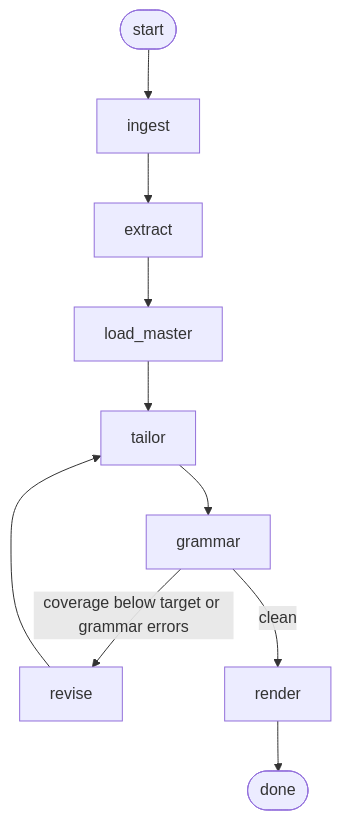
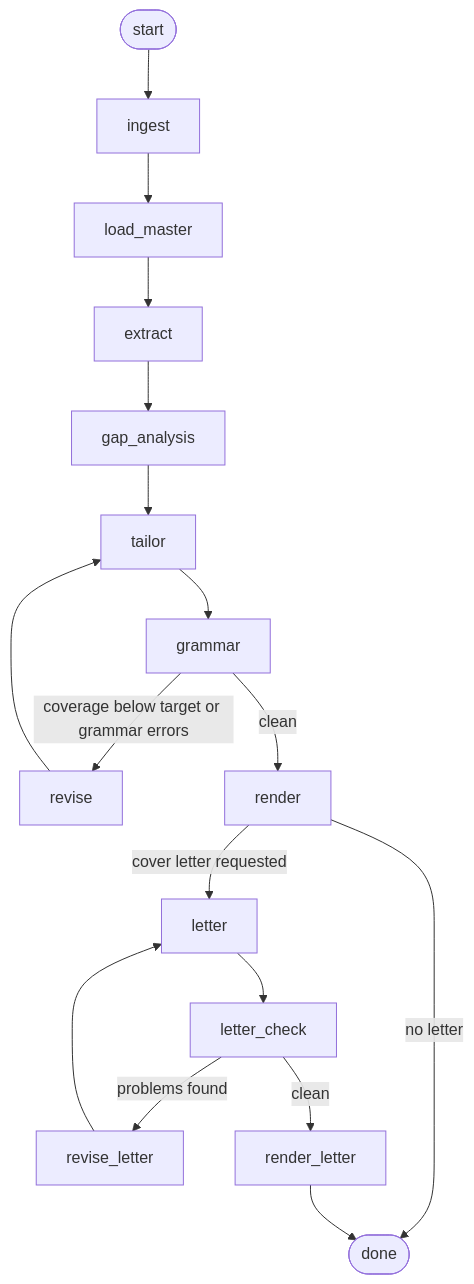
One commit to Dynodee/resume-tailor changed the diagram in README.md. Above: the diagram before and after it, drawn with Mermaid. The commit also changed other lines of this file and 39 other files, not shown here.

````diff
--- a/README.md
+++ b/README.md
@@ -34,12 +39,19 @@
 ```mermaid
 flowchart TD
     START([start]) --> ingest
-    ingest --> extract
-    extract --> load_master
-    load_master --> tailor
+    ingest --> load_master
+    load_master --> extract
+    extract --> gap_analysis
+    gap_analysis --> tailor
     tailor --> grammar
+    revise --> tailor
+    letter --> letter_check
+    revise_letter --> letter
     grammar -->|coverage below target or grammar errors| revise
     grammar -->|clean| render
-    revise --> tailor
-    render --> END([done])
+    render -->|cover letter requested| letter
+    render -->|no letter| END([done])
+    letter_check -->|problems found| revise_letter
+    letter_check -->|clean| render_letter
+    render_letter --> END
 ```
````
